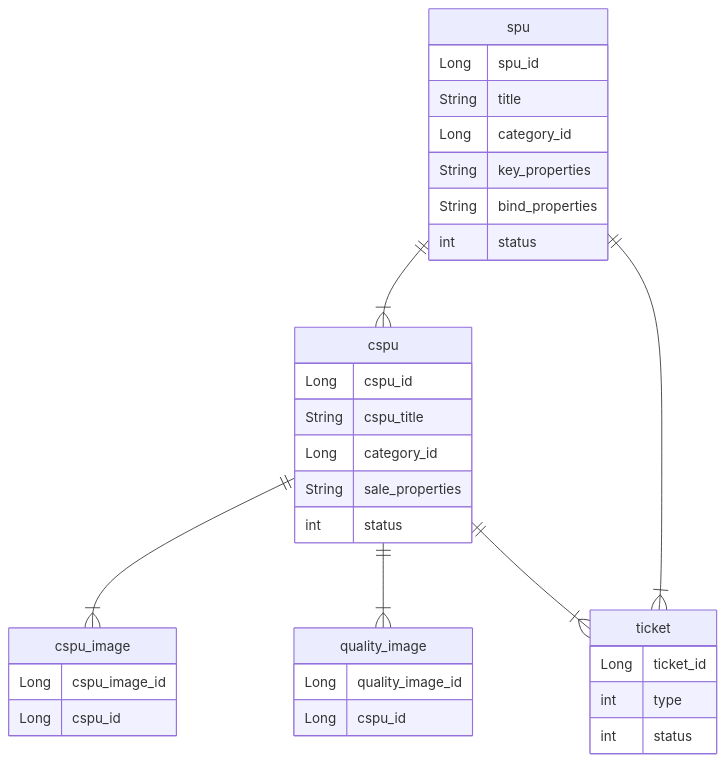
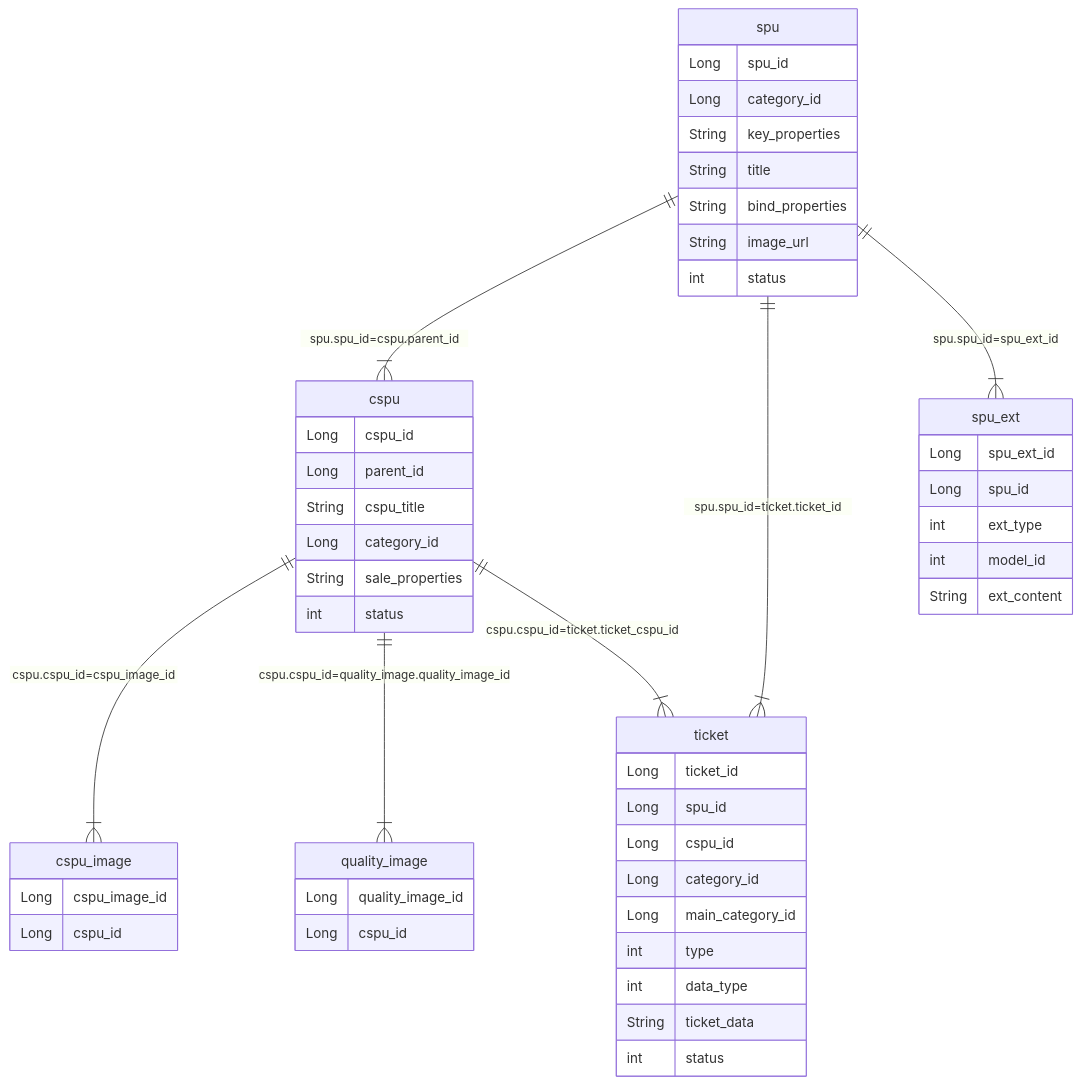
Before and after one commit to zero9230/sanguozhi11: the first of 2 diagrams in PersonalDoc/学习整理/电商知识整理/spu.md, drawn with Mermaid. The commit also changed 6 other files, not shown here.

````diff
--- a/PersonalDoc/学习整理/电商知识整理/spu.md
+++ b/PersonalDoc/学习整理/电商知识整理/spu.md
@@ -3,37 +3,52 @@
 ```mermaid
 erDiagram
 spu{
 	Long spu_id
-	String title
 	Long category_id
 	String key_properties
-	String bind_properties
+	String title
+  String bind_properties
+	String image_url
 	int status
 }
 cspu{
 	Long cspu_id
+	Long parent_id
 	String cspu_title
 	Long category_id
 	String sale_properties
 	int status
 }
 ticket{
 	Long ticket_id
+	Long spu_id
+	Long cspu_id
+	Long category_id
+	Long main_category_id
 	int type
+	int data_type
+	String ticket_data
 	int status
 }
 cspu_image{
 	Long cspu_image_id
 	Long cspu_id
 }
 quality_image{
 	Long quality_image_id
 	Long cspu_id
 }
-spu||--|{cspu:""
-cspu||--|{cspu_image:""
-cspu||--|{quality_image:""
-spu||--|{ticket:""
-cspu||--|{ticket:""
-
+spu_ext{
+	Long spu_ext_id
+	Long spu_id
+	int ext_type
+	int model_id
+	String ext_content
+}
+spu||--|{cspu:"spu.spu_id=cspu.parent_id"
+cspu||--|{cspu_image:"cspu.cspu_id=cspu_image_id"
+cspu||--|{quality_image:"cspu.cspu_id=quality_image.quality_image_id"
+spu||--|{ticket:"spu.spu_id=ticket.ticket_id"
+cspu||--|{ticket:"cspu.cspu_id=ticket.ticket_cspu_id"
+spu||--|{spu_ext:"spu.spu_id=spu_ext_id"
 ```
````
